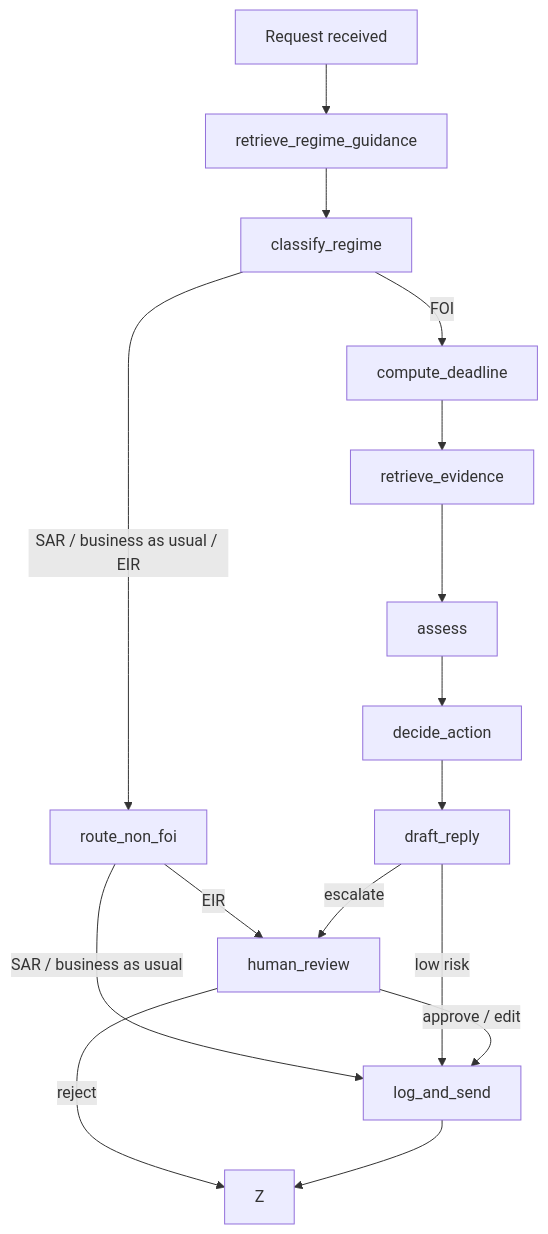
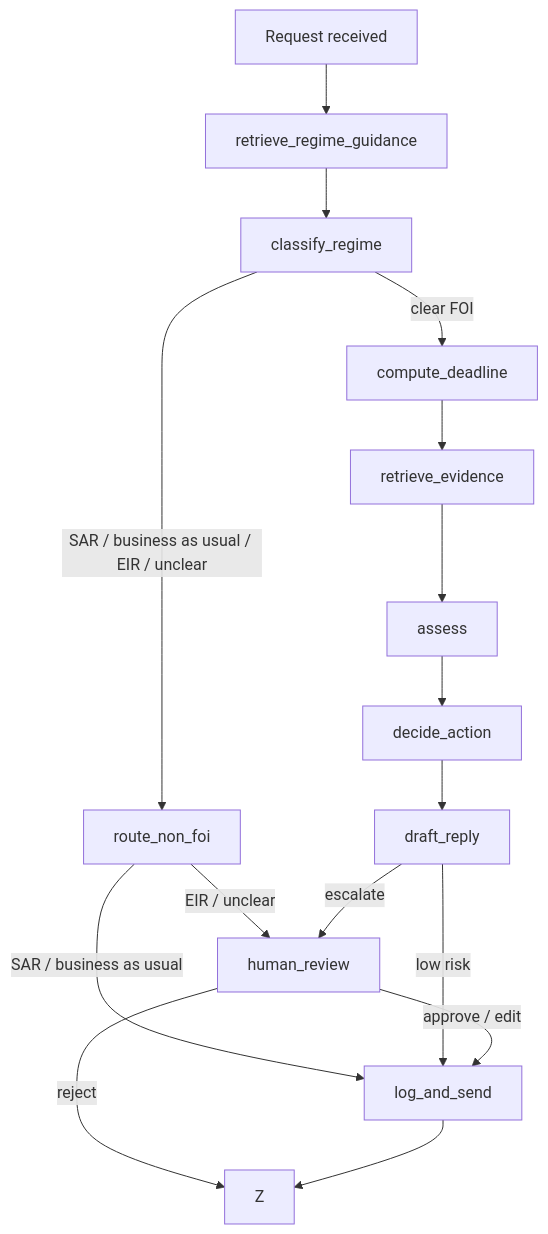
One commit to ViktoriaLoe/FOI-Agent changed the diagram in README.md. Above: the diagram before and after it, drawn with Mermaid. The commit also changed other lines of this file and 15 other files, not shown here.

````diff
--- a/README.md
+++ b/README.md
@@ -69,18 +70,18 @@
 ```mermaid
 flowchart TD
     A[Request received] --> B[retrieve_regime_guidance]
     B --> C[classify_regime]
-    C -->|SAR / business as usual / EIR| D[route_non_foi]
+    C -->|SAR / business as usual / EIR / unclear| D[route_non_foi]
     D -->|SAR / business as usual| K
-    D -->|EIR| J
-    C -->|FOI| E[compute_deadline]
+    D -->|EIR / unclear| J
+    C -->|clear FOI| E[compute_deadline]
     E --> F[retrieve_evidence]
     F --> G[assess]
     G --> H[decide_action]
     H --> I[draft_reply]
     I -->|low risk| K[log_and_send]
     I -->|escalate| J[human_review]
     J -->|approve / edit| K
     J -->|reject| Z
     K --> Z
 ```
````
